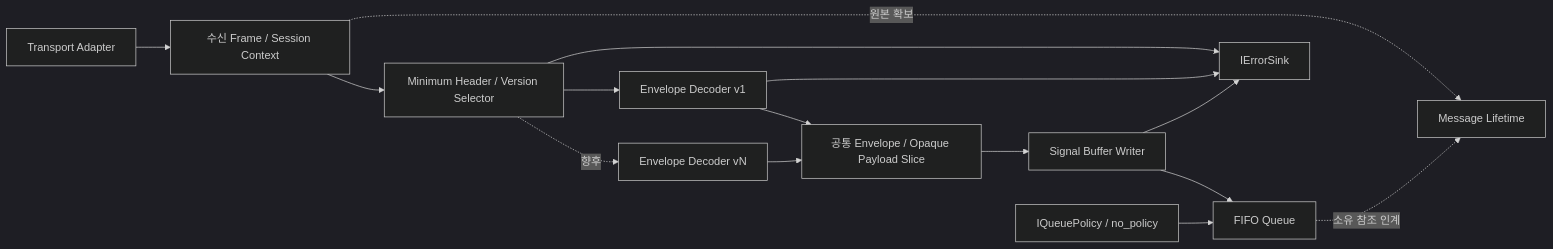
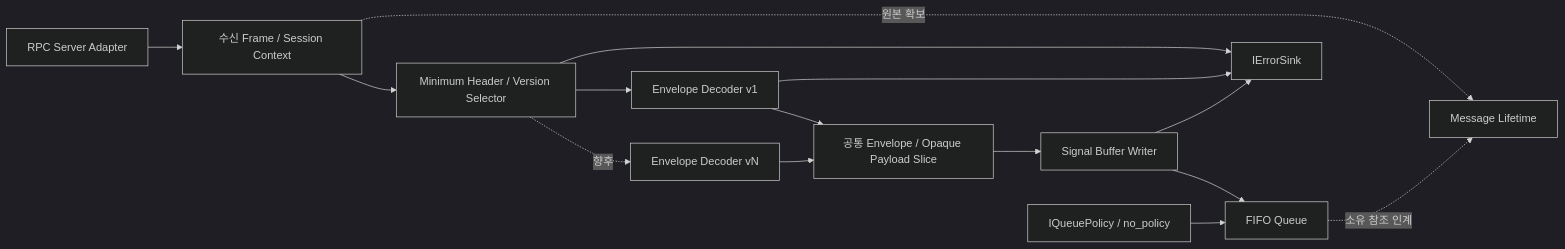
Before and after one commit to south-hive/project-dsn: the fourth of 7 diagrams in docs/arch/06-structural-views.md, drawn with Mermaid (dark theme). The commit also changed other lines of this file and 26 other files, not shown here.

````diff
--- a/docs/arch/06-structural-views.md
+++ b/docs/arch/06-structural-views.md
@@ -108,17 +99,17 @@
 ```mermaid
 flowchart LR
-    TA["Transport Adapter"] --> RX["수신 Frame / Session Context"]
+    TA["RPC Server Adapter"] --> RX["수신 Frame / Session Context"]
     RX --> VS["Minimum Header / Version Selector"]
     VS --> D1["Envelope Decoder v1"]
     VS -. "향후" .-> DN["Envelope Decoder vN"]
     D1 --> CM["공통 Envelope / Opaque Payload Slice"]
     DN --> CM
     CM --> SQ["Signal Buffer Writer"]
     SQ --> Q["FIFO Queue"]
     POL["IQueuePolicy / no_policy"] --> Q
     RX -. "원본 확보" .-> LM["Message Lifetime"]
     Q -. "소유 참조 인계" .-> LM
     VS --> ERR["IErrorSink"]
     D1 --> ERR
     SQ --> ERR
 ```
````
